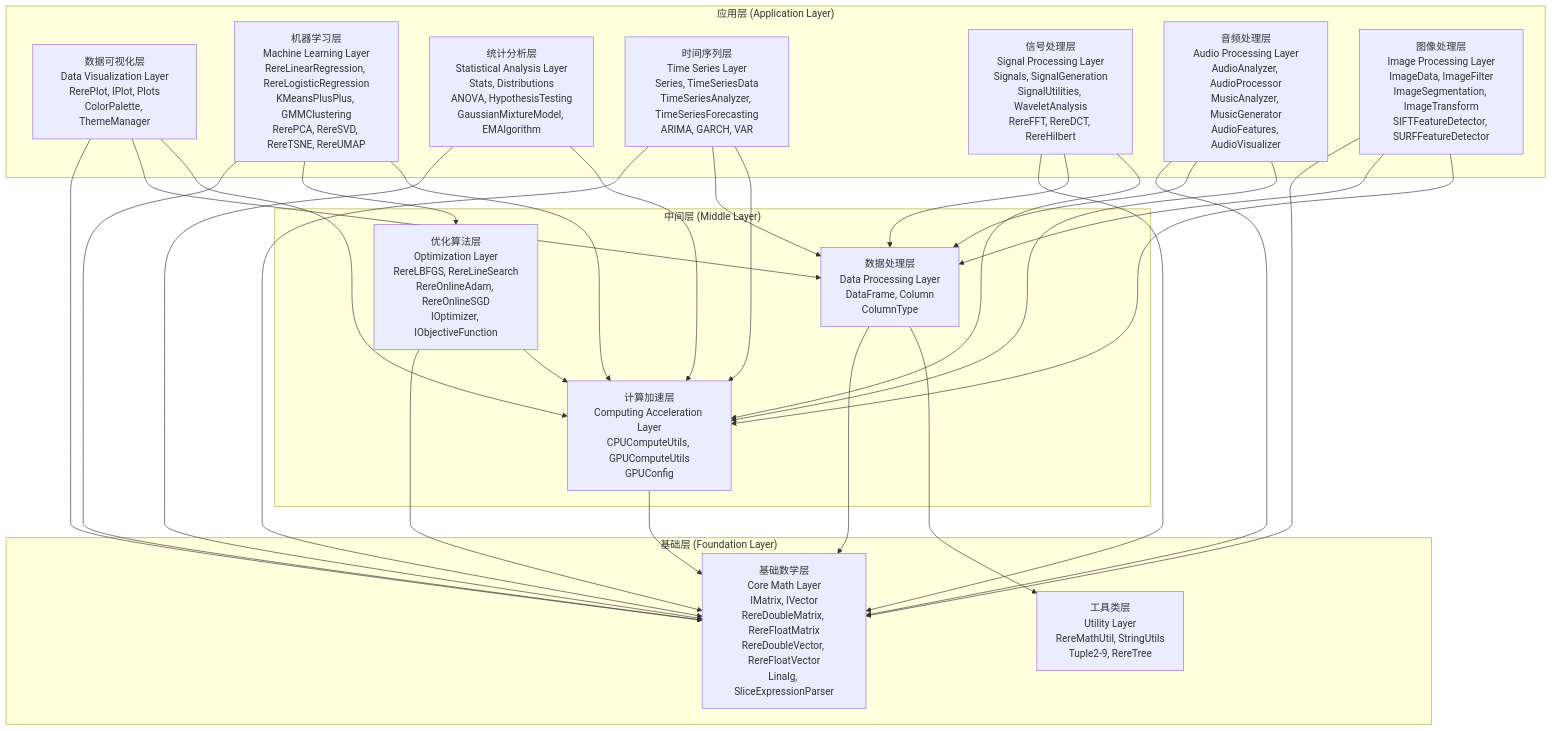
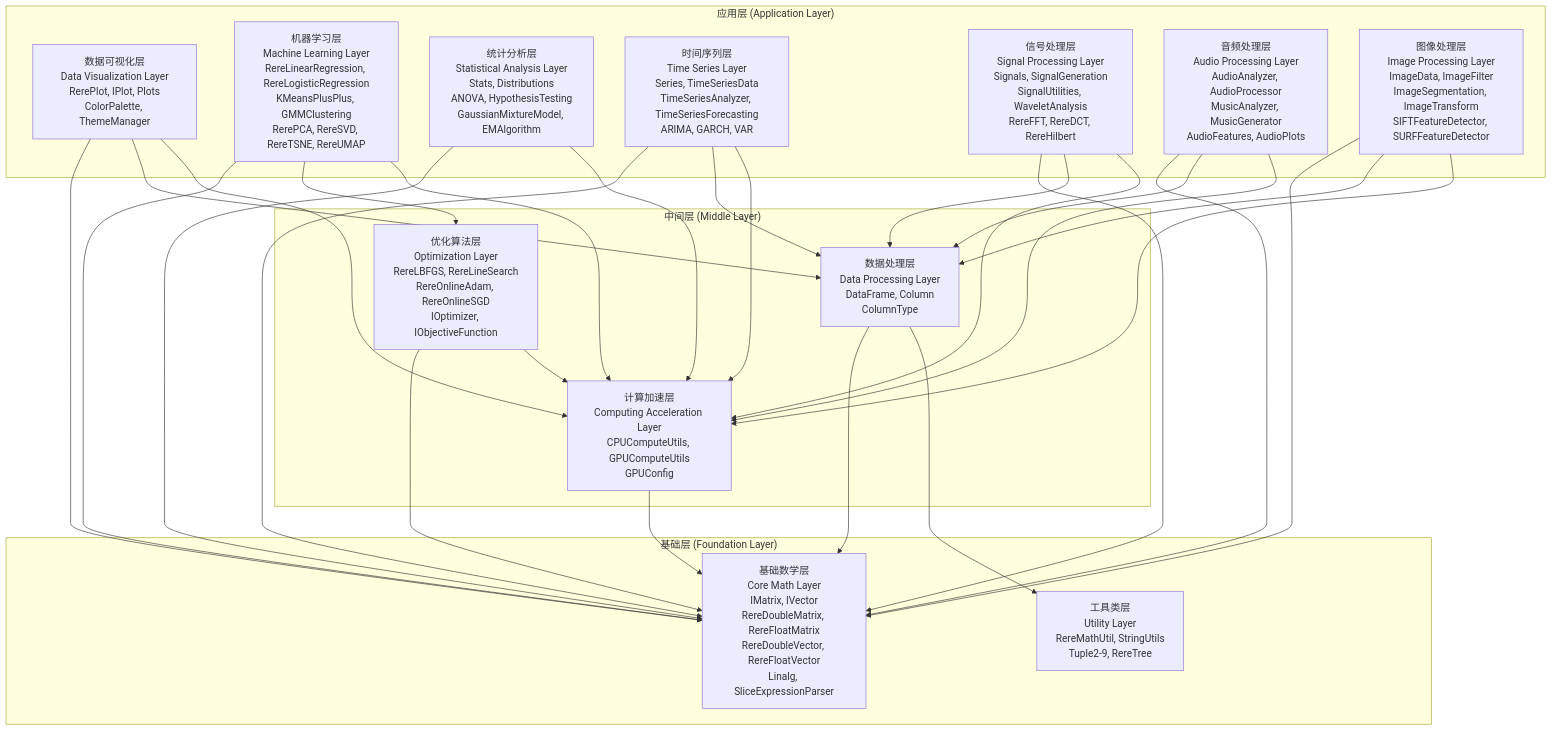
The diagram in README.md (ScaleFree-Tech/yishape-math), drawn with Mermaid before and after one commit. The commit also changed other lines of this file, not shown here.

````diff
--- a/README.md
+++ b/README.md
@@ -546,49 +546,49 @@
 ```mermaid
 graph TB
     subgraph "应用层 (Application Layer)"
         VIZ[数据可视化层<br/>Data Visualization Layer<br/>RerePlot, IPlot, Plots<br/>ColorPalette, ThemeManager]
         ML[机器学习层<br/>Machine Learning Layer<br/>RereLinearRegression, RereLogisticRegression<br/>KMeansPlusPlus, GMMClustering<br/>RerePCA, RereSVD, RereTSNE, RereUMAP]
         STAT[统计分析层<br/>Statistical Analysis Layer<br/>Stats, Distributions<br/>ANOVA, HypothesisTesting<br/>GaussianMixtureModel, EMAlgorithm]
         TS[时间序列层<br/>Time Series Layer<br/>Series, TimeSeriesData<br/>TimeSeriesAnalyzer, TimeSeriesForecasting<br/>ARIMA, GARCH, VAR]
         SIG[信号处理层<br/>Signal Processing Layer<br/>Signals, SignalGeneration<br/>SignalUtilities, WaveletAnalysis<br/>RereFFT, RereDCT, RereHilbert]
-        AUD[音频处理层<br/>Audio Processing Layer<br/>AudioAnalyzer, AudioProcessor<br/>MusicAnalyzer, MusicGenerator<br/>AudioFeatures, AudioVisualizer]
+        AUD[音频处理层<br/>Audio Processing Layer<br/>AudioAnalyzer, AudioProcessor<br/>MusicAnalyzer, MusicGenerator<br/>AudioFeatures, AudioPlots]
         IMG[图像处理层<br/>Image Processing Layer<br/>ImageData, ImageFilter<br/>ImageSegmentation, ImageTransform<br/>SIFTFeatureDetector, SURFFeatureDetector]
     end
     
     subgraph "中间层 (Middle Layer)"
         DATA[数据处理层<br/>Data Processing Layer<br/>DataFrame, Column<br/>ColumnType]
         OPT[优化算法层<br/>Optimization Layer<br/>RereLBFGS, RereLineSearch<br/>RereOnlineAdam, RereOnlineSGD<br/>IOptimizer, IObjectiveFunction]
         COMP[计算加速层<br/>Computing Acceleration Layer<br/>CPUComputeUtils, GPUComputeUtils<br/>GPUConfig]
     end
     
     subgraph "基础层 (Foundation Layer)"
         MATH[基础数学层<br/>Core Math Layer<br/>IMatrix, IVector<br/>RereDoubleMatrix, RereFloatMatrix<br/>RereDoubleVector, RereFloatVector<br/>Linalg, SliceExpressionParser]
         UTIL[工具类层<br/>Utility Layer<br/>RereMathUtil, StringUtils<br/>Tuple2-9, RereTree]
     end
     
     VIZ --> MATH
     VIZ --> DATA
     VIZ --> COMP
     ML --> MATH
     ML --> OPT
     ML --> COMP
     STAT --> MATH
     STAT --> COMP
     TS --> MATH
     TS --> DATA
     TS --> COMP
     SIG --> MATH
     SIG --> DATA
     SIG --> COMP
     AUD --> MATH
     AUD --> DATA
     AUD --> COMP
     IMG --> MATH
     IMG --> DATA
     IMG --> COMP
     DATA --> MATH
     DATA --> UTIL
     OPT --> MATH
     OPT --> COMP
     COMP --> MATH
 ```
````
